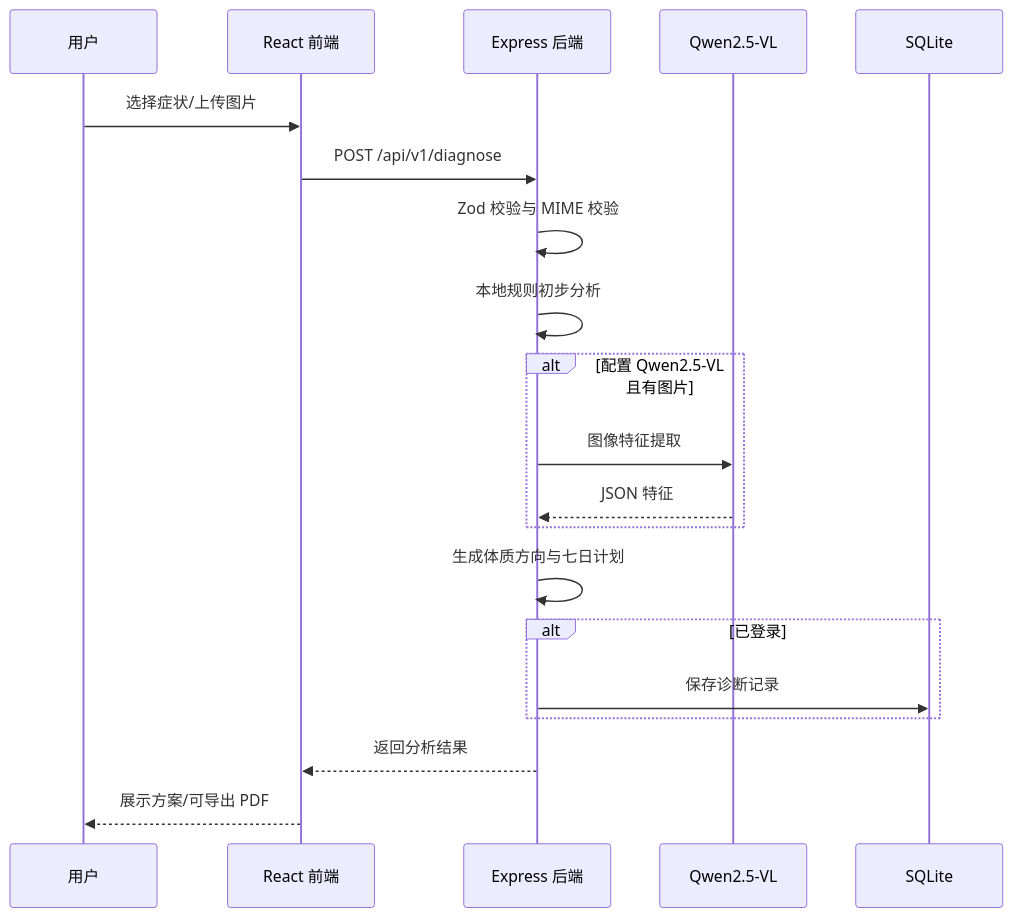
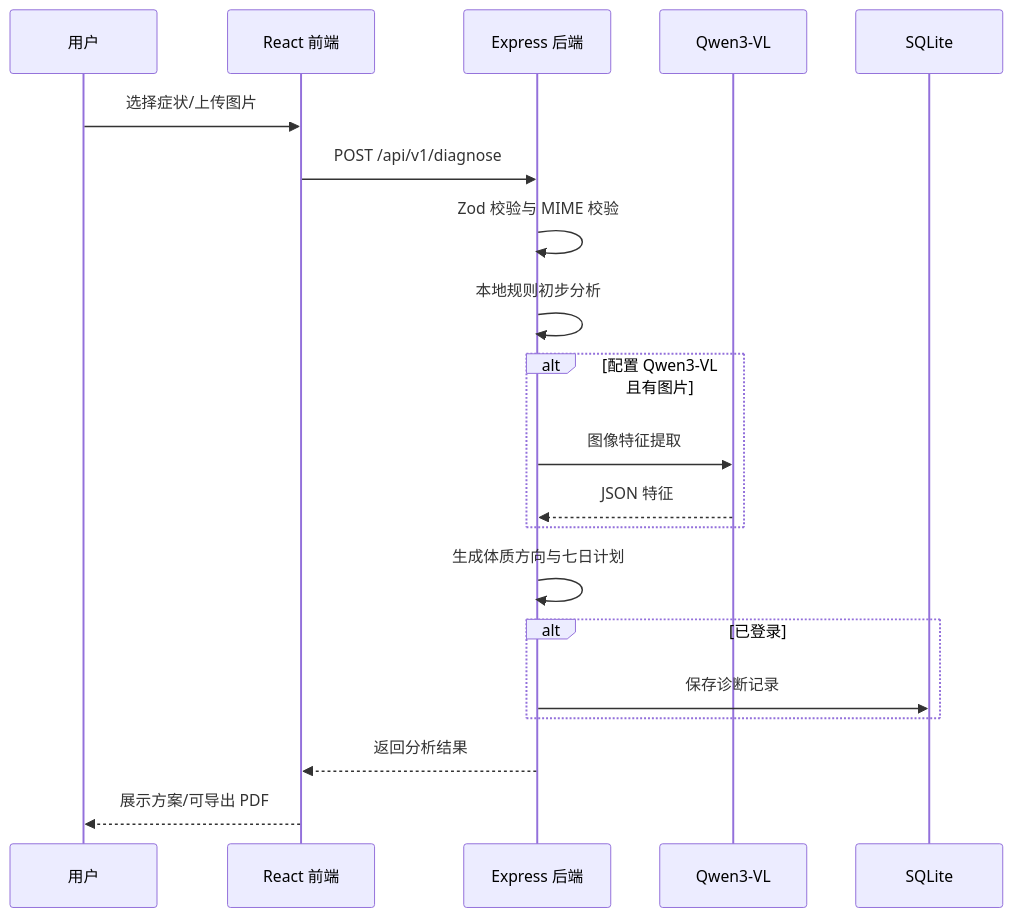
One commit to yz314-yz/xyzbysj changed the second of 2 diagrams in docs/系统设计.md. Above: the diagram before and after it, drawn with Mermaid. The commit also changed other lines of this file and 41 other files, not shown here.

````diff
--- a/docs/系统设计.md
+++ b/docs/系统设计.md
@@ -40,23 +40,23 @@
 ```mermaid
 sequenceDiagram
   participant U as 用户
   participant F as React 前端
   participant B as Express 后端
-  participant Q as Qwen2.5-VL
+  participant Q as Qwen3-VL
   participant D as SQLite
 
   U->>F: 选择症状/上传图片
   F->>B: POST /api/v1/diagnose
   B->>B: Zod 校验与 MIME 校验
   B->>B: 本地规则初步分析
-  alt 配置 Qwen2.5-VL 且有图片
+  alt 配置 Qwen3-VL 且有图片
     B->>Q: 图像特征提取
     Q-->>B: JSON 特征
   end
   B->>B: 生成体质方向与七日计划
   alt 已登录
     B->>D: 保存诊断记录
   end
   B-->>F: 返回分析结果
   F-->>U: 展示方案/可导出 PDF
 ```
````
